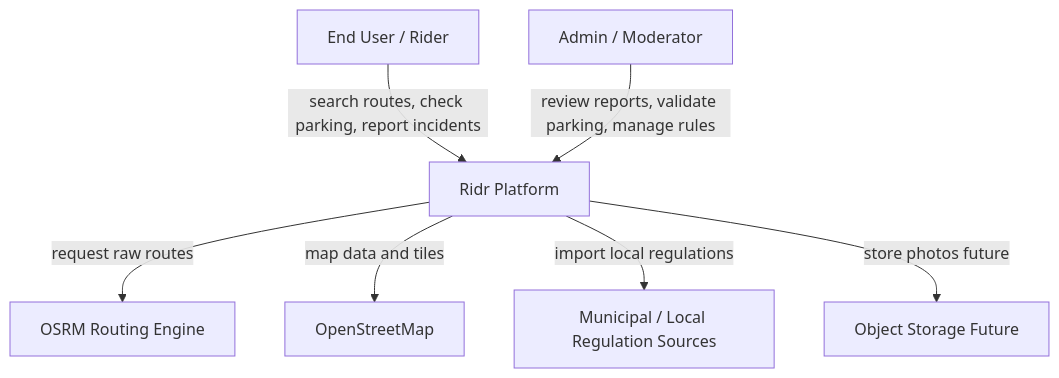
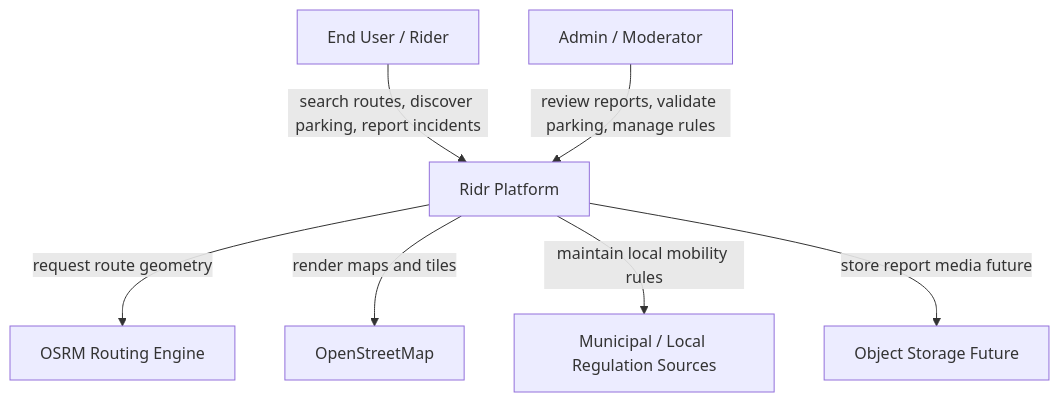
One commit to burlica1234/ridr changed the second of 7 diagrams in docs/architecture/architecture.md. Above: the diagram before and after it, drawn with Mermaid. The commit also changed other lines of this file and 1 other file, not shown here.

````diff
--- a/docs/architecture/architecture.md
+++ b/docs/architecture/architecture.md
@@ -82,17 +98,17 @@
 ```mermaid
 graph TB
     USER[End User / Rider]
     ADMIN[Admin / Moderator]
     SYSTEM[Ridr Platform]
     ROUTER[OSRM Routing Engine]
     MAPS[OpenStreetMap]
     MUNICIPAL[Municipal / Local Regulation Sources]
     STORAGE[Object Storage Future]
 
-    USER -->|search routes, check parking, report incidents| SYSTEM
+    USER -->|search routes, discover parking, report incidents| SYSTEM
     ADMIN -->|review reports, validate parking, manage rules| SYSTEM
-    SYSTEM -->|request raw routes| ROUTER
-    SYSTEM -->|map data and tiles| MAPS
-    SYSTEM -->|import local regulations| MUNICIPAL
-    SYSTEM -->|store photos future| STORAGE
+    SYSTEM -->|request route geometry| ROUTER
+    SYSTEM -->|render maps and tiles| MAPS
+    SYSTEM -->|maintain local mobility rules| MUNICIPAL
+    SYSTEM -->|store report media future| STORAGE
 ```
````
